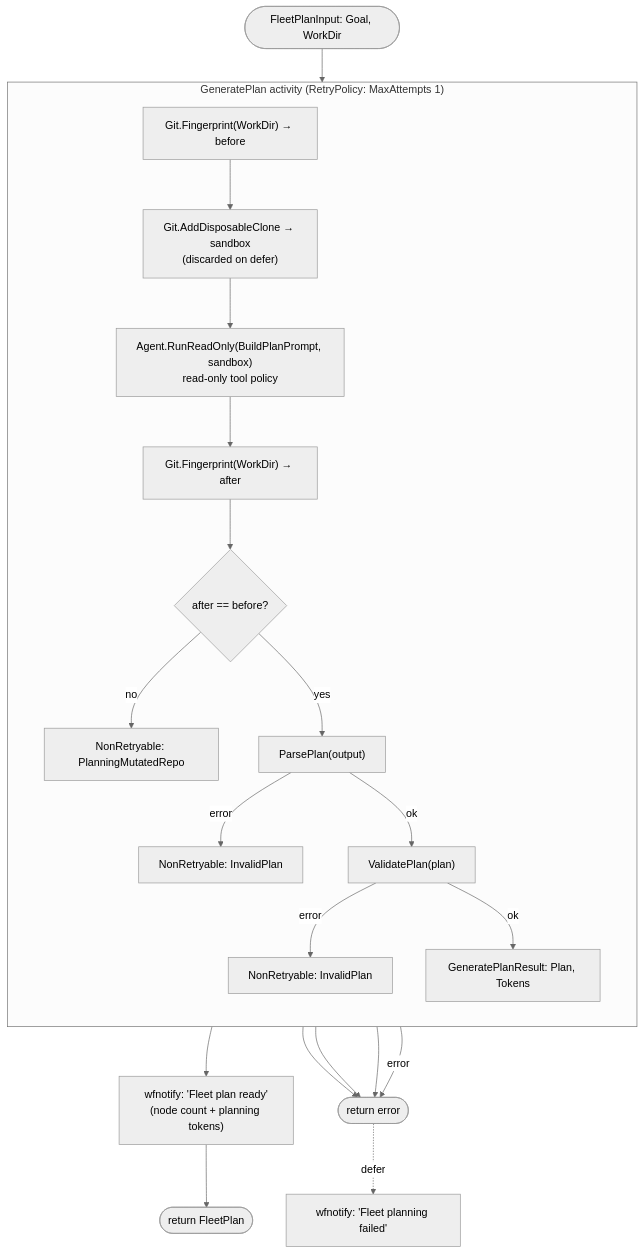
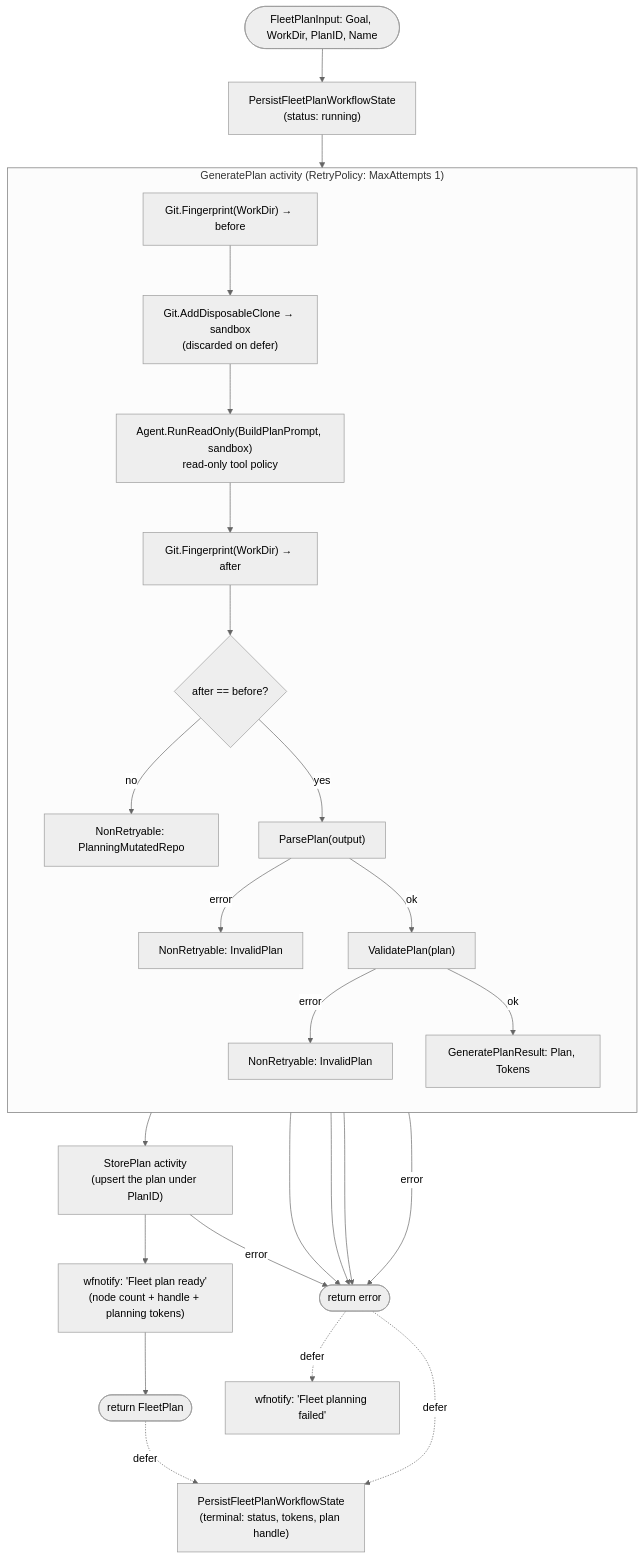
The first of 3 diagrams in internal/fleet/README.md (jcmonteiro/temporal-agents), drawn with Mermaid (neutral theme) before and after one commit. The commit also changed other lines of this file and 13 other files, not shown here.

First line of the commit message:
feat(fleet): keep plans in the store instead of fleet-plan.json

````diff
--- a/internal/fleet/README.md
+++ b/internal/fleet/README.md
@@ -28,29 +33,34 @@
 ```mermaid
 flowchart TD
-    start([FleetPlanInput: Goal, WorkDir]) --> gp
+    start([FleetPlanInput: Goal, WorkDir, PlanID, Name]) --> rec["PersistFleetPlanWorkflowState<br/>(status: running)"]
+    rec --> gp
 
     subgraph gp["GeneratePlan activity (RetryPolicy: MaxAttempts 1)"]
         direction TB
         fpBefore["Git.Fingerprint(WorkDir) → before"]
         fpBefore --> sandbox["Git.AddDisposableClone → sandbox<br/>(discarded on defer)"]
         sandbox --> agent["Agent.RunReadOnly(BuildPlanPrompt, sandbox)<br/>read-only tool policy"]
         agent --> fpAfter["Git.Fingerprint(WorkDir) → after"]
         fpAfter --> tripwire{"after == before?"}
         tripwire -->|no| mutated["NonRetryable: PlanningMutatedRepo"]
         tripwire -->|yes| parse["ParsePlan(output)"]
         parse -->|error| invalid1["NonRetryable: InvalidPlan"]
         parse -->|ok| validate["ValidatePlan(plan)"]
         validate -->|error| invalid2["NonRetryable: InvalidPlan"]
         validate -->|ok| result["GeneratePlanResult: Plan, Tokens"]
     end
 
-    result --> notify["wfnotify: 'Fleet plan ready'<br/>(node count + planning tokens)"]
+    result --> store["StorePlan activity<br/>(upsert the plan under PlanID)"]
+    store --> notify["wfnotify: 'Fleet plan ready'<br/>(node count + handle + planning tokens)"]
     notify --> done([return FleetPlan])
 
     mutated --> fail([return error])
     invalid1 --> fail
     invalid2 --> fail
     agent -->|error| fail
 
+    store -->|error| fail
     fail -.->|defer| failnote["wfnotify: 'Fleet planning failed'"]
+    done -.->|defer| endrec["PersistFleetPlanWorkflowState<br/>(terminal: status, tokens, plan handle)"]
+    fail -.->|defer| endrec
 ```
````
